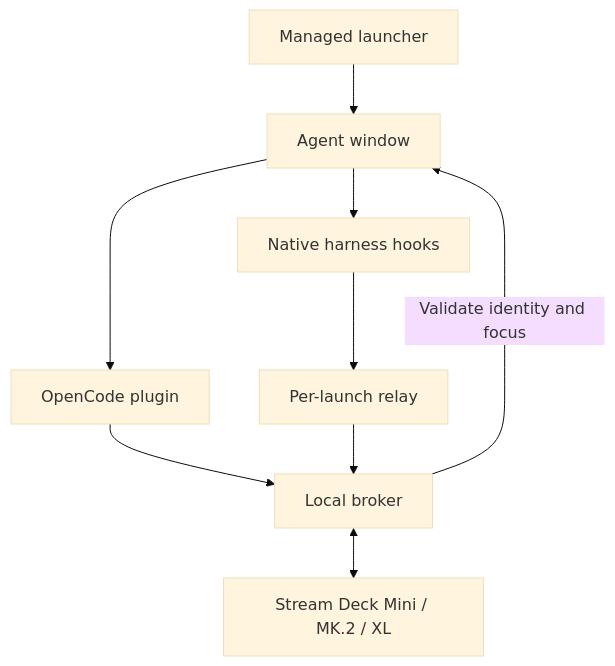
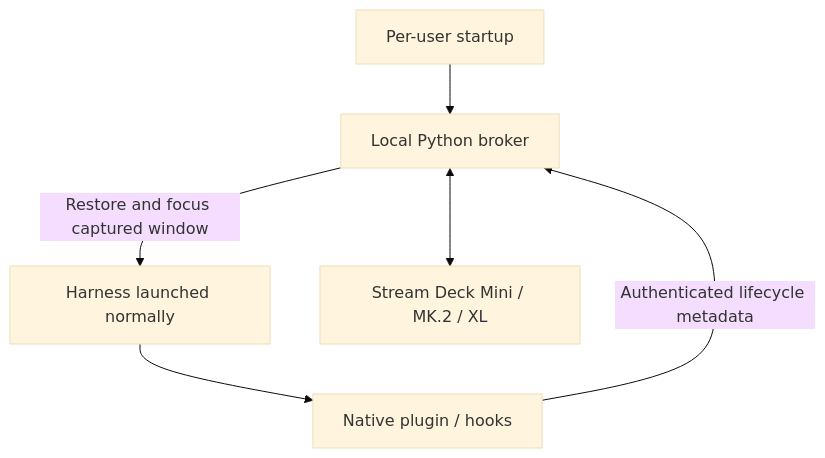
One commit to darkmatter2222/AgentDeck changed the diagram in README.md. Above: the diagram before and after it, drawn with Mermaid (base theme). The commit also changed other lines of this file and 19 other files, not shown here.

First line of the commit message:
Fix physical buttons and move to plugin-first startup

````diff
--- a/README.md
+++ b/README.md
@@ -607,11 +532,8 @@
 ```mermaid
 flowchart TD
-    L["Managed launcher"] --> W["Agent window"]
-    W --> O["OpenCode plugin"]
-    W --> H["Native harness hooks"]
-    H --> R["Per-launch relay"]
-    O --> B["Local broker"]
-    R --> B
+    S["Per-user startup"] --> B["Local Python broker"]
+    W["Harness launched normally"] --> H["Native plugin / hooks"]
+    H -->|"Authenticated lifecycle metadata"| B
     B <--> D["Stream Deck Mini / MK.2 / XL"]
-    B -->|"Validate identity and focus"| W
+    B -->|"Restore and focus captured window"| W
 ```
````
